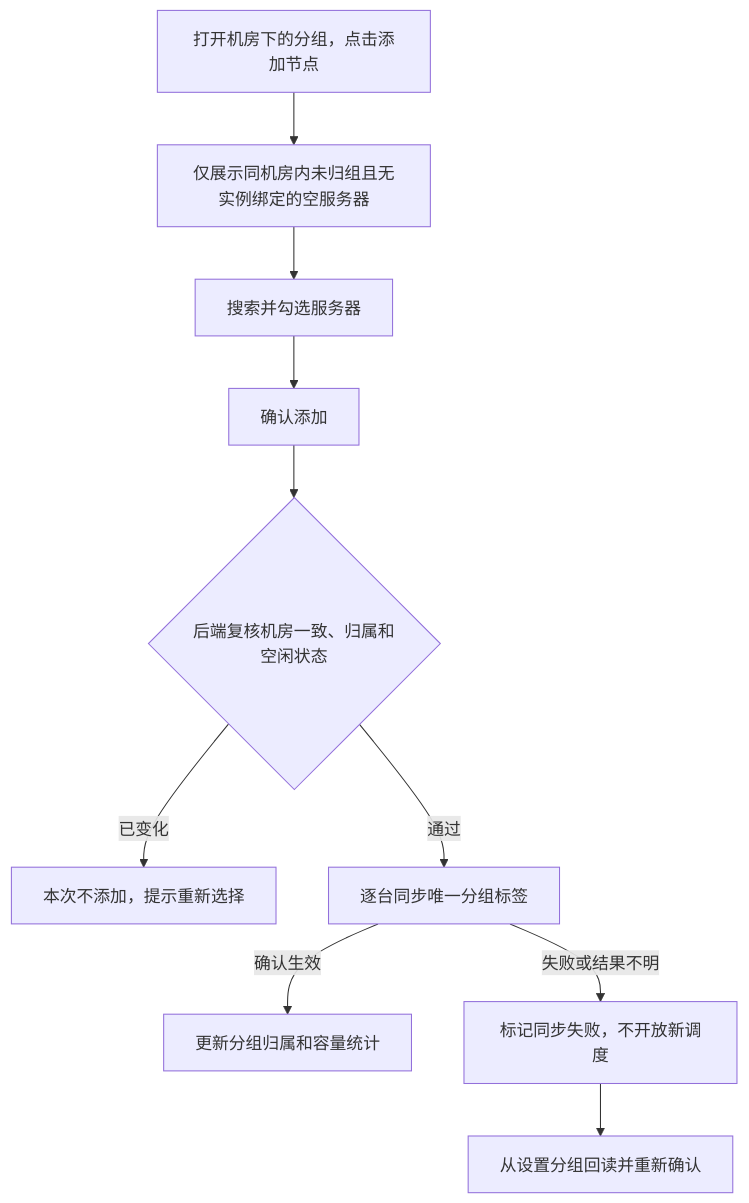
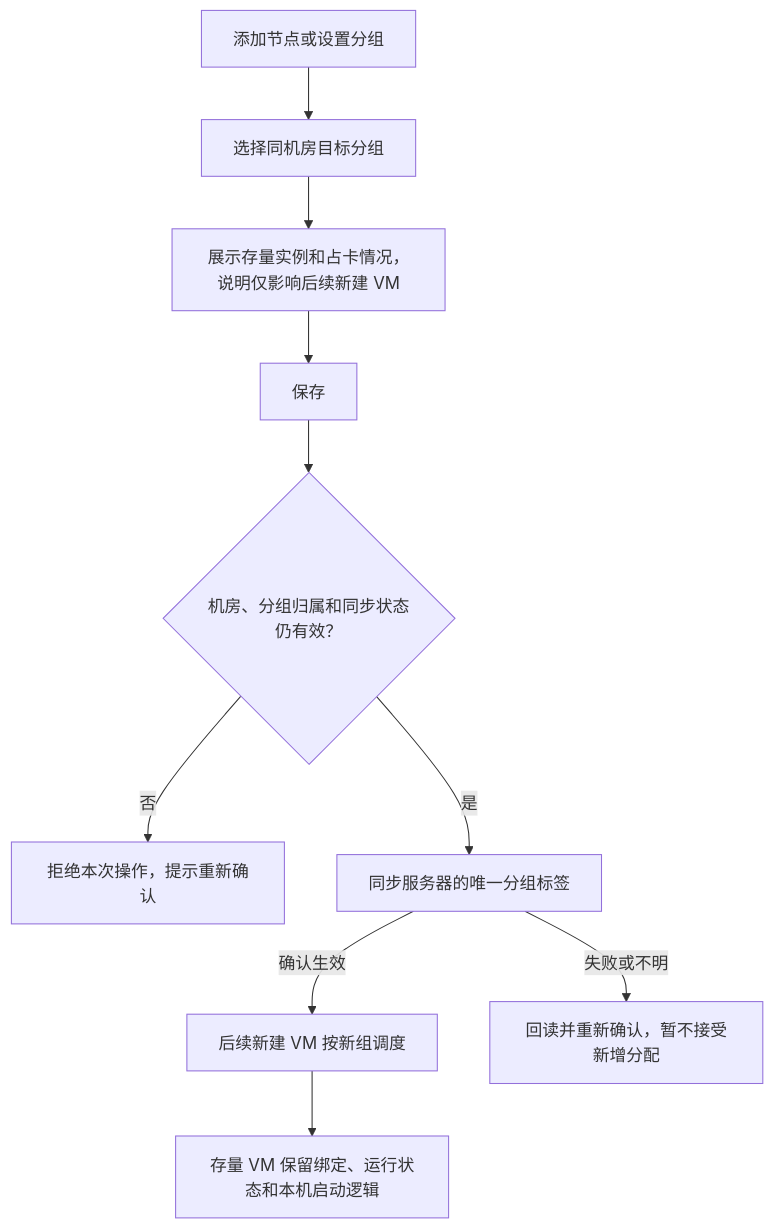
The second of 4 diagrams in public/prototypes/运营端/GPU资源分组-流程图.md (ks00171017-sk/onelinkai-console-preview), drawn with Mermaid before and after one commit. The commit also changed other lines of this file and 1 other file, not shown here.

````diff
--- a/public/prototypes/运营端/GPU资源分组-流程图.md
+++ b/public/prototypes/运营端/GPU资源分组-流程图.md
@@ -45,12 +39,12 @@
 ```mermaid
 flowchart TD
-  openNodes["打开机房下的分组，点击添加节点"] --> candidates["仅展示同机房内未归组且无实例绑定的空服务器"]
-  candidates --> selectNodes["搜索并勾选服务器"]
-  selectNodes --> submitNodes["确认添加"]
-  submitNodes --> recheck{"后端复核机房一致、归属和空闲状态"}
-  recheck -->|"已变化"| reject["本次不添加，提示重新选择"]
-  recheck -->|"通过"| writeLabel["逐台同步唯一分组标签"]
-  writeLabel -->|"确认生效"| active["更新分组归属和容量统计"]
-  writeLabel -->|"失败或结果不明"| uncertain["标记同步失败，不开放新调度"]
-  uncertain --> reconcile["从设置分组回读并重新确认"]
+  choose["添加节点或设置分组"] --> target["选择同机房目标分组"]
+  target --> explain["展示存量实例和占卡情况，说明仅影响后续新建 VM"]
+  explain --> submit["保存"]
+  submit --> check{"机房、分组归属和同步状态仍有效？"}
+  check -->|"否"| reject["拒绝本次操作，提示重新确认"]
+  check -->|"是"| sync["同步服务器的唯一分组标签"]
+  sync -->|"确认生效"| active["后续新建 VM 按新组调度"]
+  sync -->|"失败或不明"| reconcile["回读并重新确认，暂不接受新增分配"]
+  active --> keep["存量 VM 保留绑定、运行状态和本机启动逻辑"]
 ```
````
